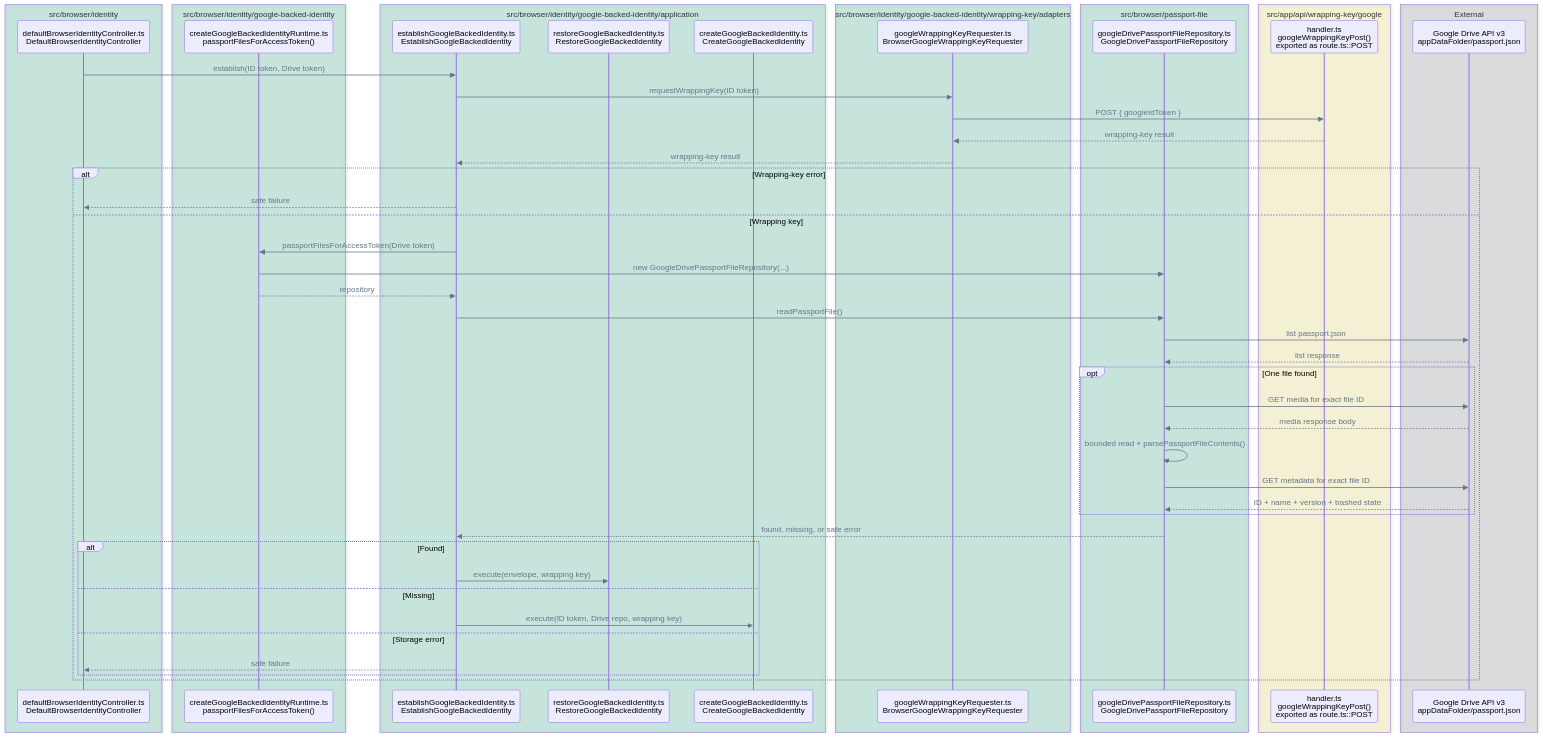
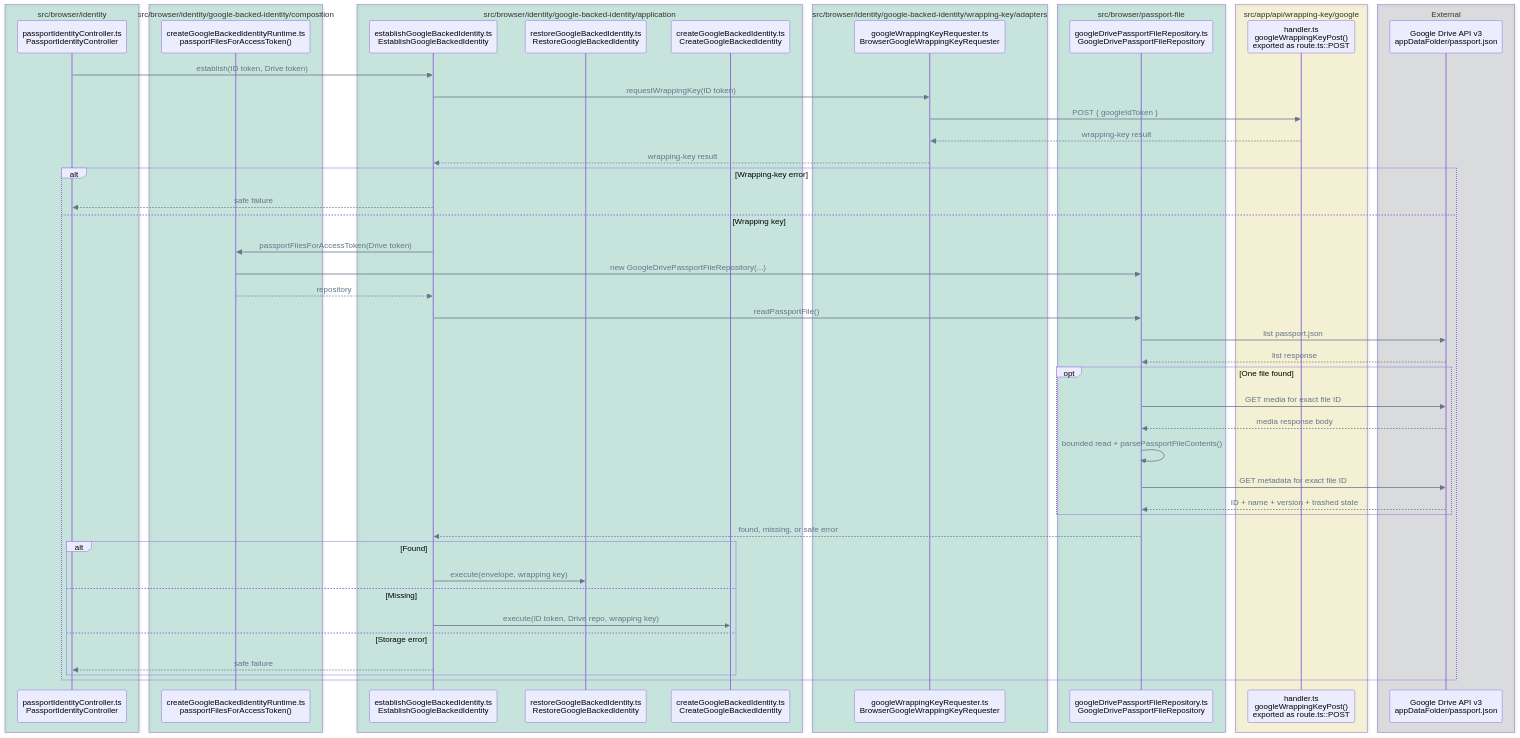
One commit to pubky/pubky-passport changed the eighth of 14 diagrams in FLOWS.md. Above: the diagram before and after it, drawn with Mermaid. The commit also changed other lines of this file and 45 other files, not shown here.

Commit message:
refactor: organize browser identity by capability

````diff
--- a/FLOWS.md
+++ b/FLOWS.md
@@ -366,60 +371,60 @@
 ```mermaid
 %%{init: {"themeVariables": {"signalColor": "#64748B", "signalTextColor": "#64748B"}}}%%
 sequenceDiagram
     accTitle: Google-backed identity establishment call flow
     accDescr: The coordinator requests a wrapping key, reads the encrypted Drive file, and dispatches to restore or create without passing wrapping material to Drive storage.
     box rgba(0, 158, 115, 0.18) src/browser/identity
-        participant Controller as defaultBrowserIdentityController.ts<br/>DefaultBrowserIdentityController
+        participant Controller as passportIdentityController.ts<br/>PassportIdentityController
     end
-    box rgba(0, 158, 115, 0.18) src/browser/identity/google-backed-identity
+    box rgba(0, 158, 115, 0.18) src/browser/identity/google-backed-identity/composition
         participant DriveFactory as createGoogleBackedIdentityRuntime.ts<br/>passportFilesForAccessToken()
     end
     box rgba(0, 158, 115, 0.18) src/browser/identity/google-backed-identity/application
         participant Establish as establishGoogleBackedIdentity.ts<br/>EstablishGoogleBackedIdentity
         participant Restore as restoreGoogleBackedIdentity.ts<br/>RestoreGoogleBackedIdentity
         participant Creator as createGoogleBackedIdentity.ts<br/>CreateGoogleBackedIdentity
     end
     box rgba(0, 158, 115, 0.18) src/browser/identity/google-backed-identity/wrapping-key/adapters
         participant Wrapping as googleWrappingKeyRequester.ts<br/>BrowserGoogleWrappingKeyRequester
     end
     box rgba(0, 158, 115, 0.18) src/browser/passport-file
         participant DriveRepo as googleDrivePassportFileRepository.ts<br/>GoogleDrivePassportFileRepository
     end
     box rgba(240, 228, 66, 0.18) src/app/api/wrapping-key/google
         participant API as handler.ts<br/>googleWrappingKeyPost()<br/>exported as route.ts::POST
     end
     box rgba(17, 24, 39, 0.12) External
         participant Drive as Google Drive API v3<br/>appDataFolder/passport.json
     end
 
     Controller->>Establish: establish(ID token, Drive token)
     Establish->>Wrapping: requestWrappingKey(ID token)
     Wrapping->>API: POST { googleIdToken }
     API-->>Wrapping: wrapping-key result
     Wrapping-->>Establish: wrapping-key result
     alt Wrapping-key error
         Establish-->>Controller: safe failure
     else Wrapping key
         Establish->>DriveFactory: passportFilesForAccessToken(Drive token)
         DriveFactory->>DriveRepo: new GoogleDrivePassportFileRepository(...)
         DriveFactory-->>Establish: repository
         Establish->>DriveRepo: readPassportFile()
         DriveRepo->>Drive: list passport.json
         Drive-->>DriveRepo: list response
         opt One file found
             DriveRepo->>Drive: GET media for exact file ID
             Drive-->>DriveRepo: media response body
             DriveRepo->>DriveRepo: bounded read + parsePassportFileContents()
             DriveRepo->>Drive: GET metadata for exact file ID
             Drive-->>DriveRepo: ID + name + version + trashed state
         end
         DriveRepo-->>Establish: found, missing, or safe error
         alt Found
             Establish->>Restore: execute(envelope, wrapping key)
         else Missing
             Establish->>Creator: execute(ID token, Drive repo, wrapping key)
         else Storage error
             Establish-->>Controller: safe failure
         end
     end
 ```
````
